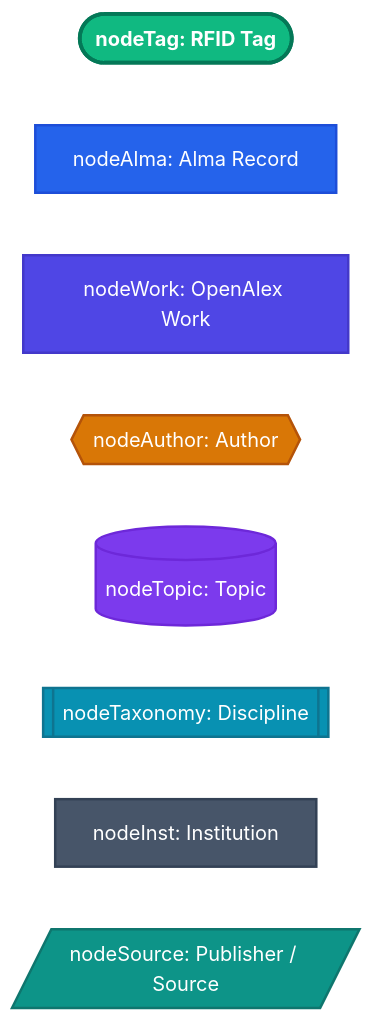
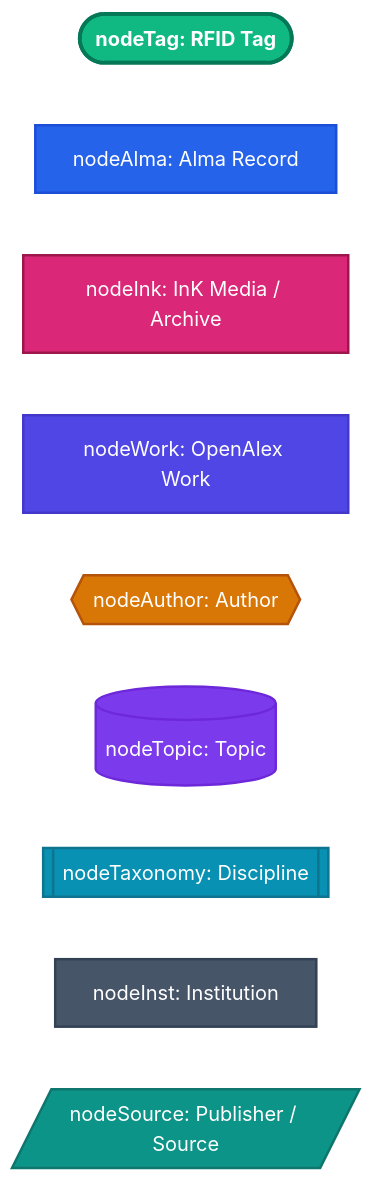
Before and after one commit to je4/Library-RFID-Dataspace: the second of 4 diagrams in docs/mermaid-visualization.md, drawn with Mermaid. The commit also changed other lines of this file and 24 other files, not shown here.

Commit message:
Add InK repository links to Dataspace knowledge graph

````diff
--- a/docs/mermaid-visualization.md
+++ b/docs/mermaid-visualization.md
@@ -42,20 +43,22 @@
 ```mermaid
 flowchart LR
     Tag(["nodeTag: RFID Tag"]):::nodeTag
     Alma["nodeAlma: Alma Record"]:::nodeAlma
+    Ink["nodeInk: InK Media / Archive"]:::nodeInk
     Work["nodeWork: OpenAlex Work"]:::nodeWork
     Author{{"nodeAuthor: Author"}}:::nodeAuthor
     Topic[("nodeTopic: Topic")]:::nodeTopic
     Taxonomy[["nodeTaxonomy: Discipline"]]:::nodeTaxonomy
     Inst["nodeInst: Institution"]:::nodeInst
     Source[/"nodeSource: Publisher / Source"/]:::nodeSource
 
     classDef nodeTag fill:#10b981,stroke:#047857,stroke-width:3px,color:#ffffff,font-weight:bold;
     classDef nodeAlma fill:#2563eb,stroke:#1d4ed8,stroke-width:2px,color:#ffffff;
+    classDef nodeInk fill:#db2777,stroke:#9d174d,stroke-width:2px,color:#ffffff;
     classDef nodeWork fill:#4f46e5,stroke:#4338ca,stroke-width:2px,color:#ffffff;
     classDef nodeAuthor fill:#d97706,stroke:#b45309,stroke-width:2px,color:#ffffff;
     classDef nodeTopic fill:#7c3aed,stroke:#6d28d9,stroke-width:2px,color:#ffffff;
     classDef nodeTaxonomy fill:#0891b2,stroke:#0e7490,stroke-width:2px,color:#ffffff;
     classDef nodeInst fill:#475569,stroke:#334155,stroke-width:2px,color:#ffffff;
     classDef nodeSource fill:#0d9488,stroke:#0f766e,stroke-width:2px,color:#ffffff;
 ```
````
